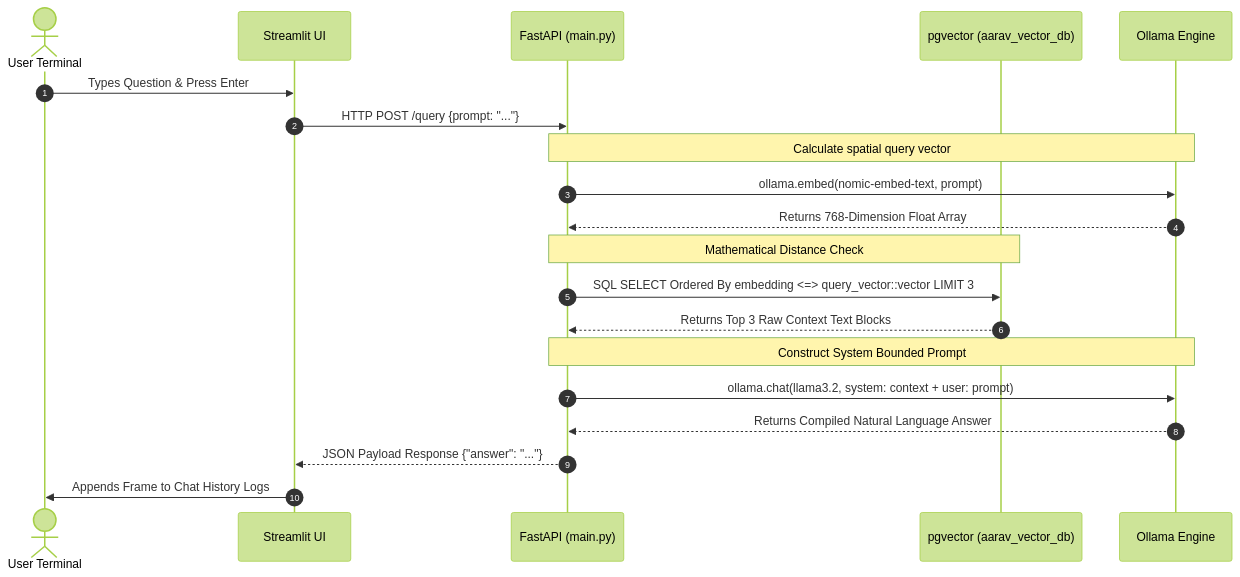
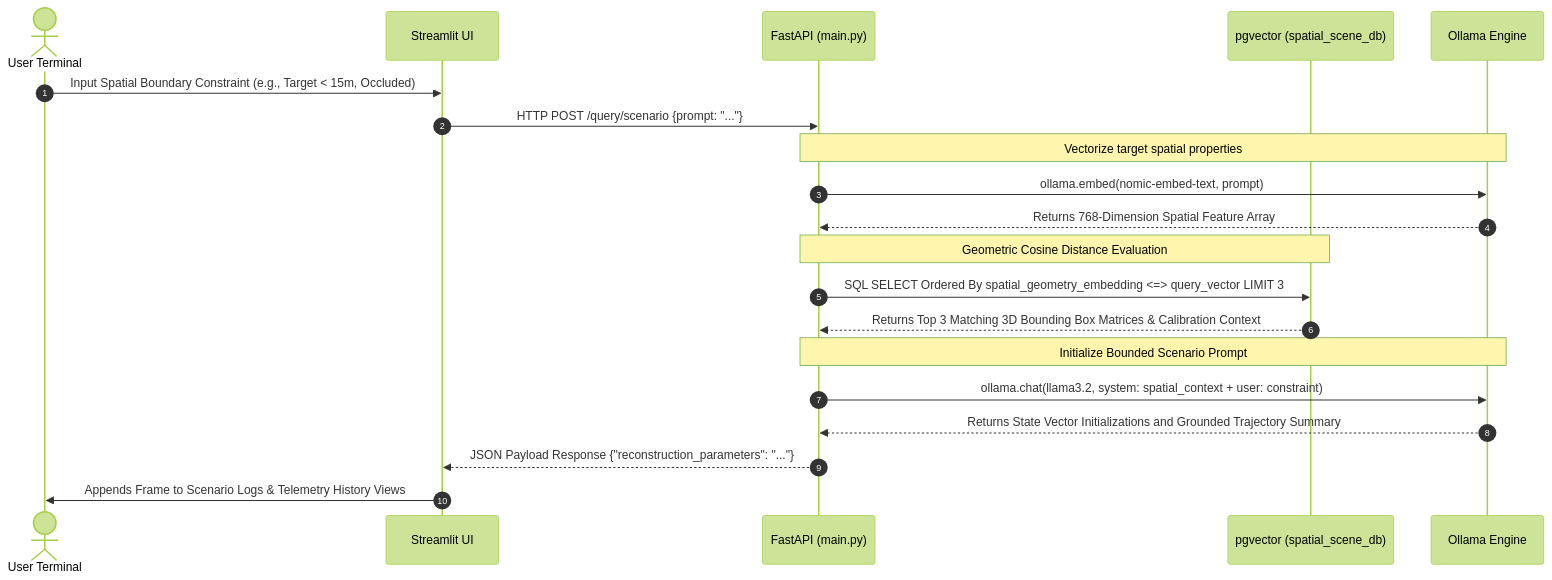
Before and after one commit to ayadav348/ai_embedding: the third of 3 diagrams in README.md, drawn with Mermaid (forest theme). The commit also changed other lines of this file and 1 other file, not shown here.

First line of the commit message:
Pivot project to Local 3D Scene Discovery & Volumetric Object Retrieval Engine

````diff
--- a/README.md
+++ b/README.md
@@ -136,27 +141,28 @@
 ```mermaid
 sequenceDiagram
     autonumber
     actor User as User Terminal
     participant UI as Streamlit UI
     participant API as FastAPI (main.py)
-    participant DB as pgvector (aarav_vector_db)
+    participant DB as pgvector (spatial_scene_db)
     participant OLL as Ollama Engine
 
-    User->>UI: Types Question & Press Enter
-    UI->>API: HTTP POST /query {prompt: "..."}
+    User->>UI: Input Spatial Boundary Constraint (e.g., Target < 15m, Occluded)
+    UI->>API: HTTP POST /query/scenario {prompt: "..."}
     
-    Note over API,OLL: Calculate spatial query vector
+    Note over API,OLL: Vectorize target spatial properties
     API->>OLL: ollama.embed(nomic-embed-text, prompt)
-    OLL-->>API: Returns 768-Dimension Float Array
+    OLL-->>API: Returns 768-Dimension Spatial Feature Array
     
-    Note over API,DB: Mathematical Distance Check
-    API->>DB: SQL SELECT Ordered By embedding <=> query_vector::vector LIMIT 3
-    DB-->>API: Returns Top 3 Raw Context Text Blocks
+    Note over API,DB: Geometric Cosine Distance Evaluation
+    API->>DB: SQL SELECT Ordered By spatial_geometry_embedding <=> query_vector LIMIT 3
+    DB-->>API: Returns Top 3 Matching 3D Bounding Box Matrices & Calibration Context
     
-    Note over API,OLL: Construct System Bounded Prompt
-    API->>OLL: ollama.chat(llama3.2, system: context + user: prompt)
-    OLL-->>API: Returns Compiled Natural Language Answer
+    Note over API,OLL: Initialize Bounded Scenario Prompt
+    API->>OLL: ollama.chat(llama3.2, system: spatial_context + user: constraint)
+    OLL-->>API: Returns State Vector Initializations and Grounded Trajectory Summary
     
-    API-->>UI: JSON Payload Response {"answer": "..."}
-    UI->>User: Appends Frame to Chat History Logs
+    API-->>UI: JSON Payload Response {"reconstruction_parameters": "..."}
+    UI->>User: Appends Frame to Scenario Logs & Telemetry History Views
+
 ```
````
